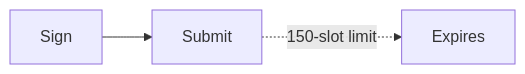
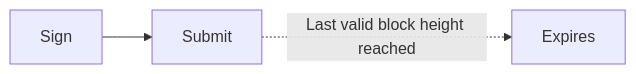
Before and after one commit to solana-foundation/solana-com: the second of 2 diagrams in apps/docs/content/docs/en/payments/advanced-payments/deferred-execution.mdx, drawn with Mermaid. The commit also changed other lines of this file and 1 other file, not shown here.

````diff
--- a/apps/docs/content/docs/en/payments/advanced-payments/deferred-execution.mdx
+++ b/apps/docs/content/docs/en/payments/advanced-payments/deferred-execution.mdx
@@ -45,5 +45,5 @@
 ```mermaid title="Standard Blockhash"
 flowchart LR
     S1[Sign] --> S2[Submit]
-    S2 -. "150-slot limit" .-> S3[Expires]
+    S2 -. "Last valid block height reached" .-> S3[Expires]
 ```
````
